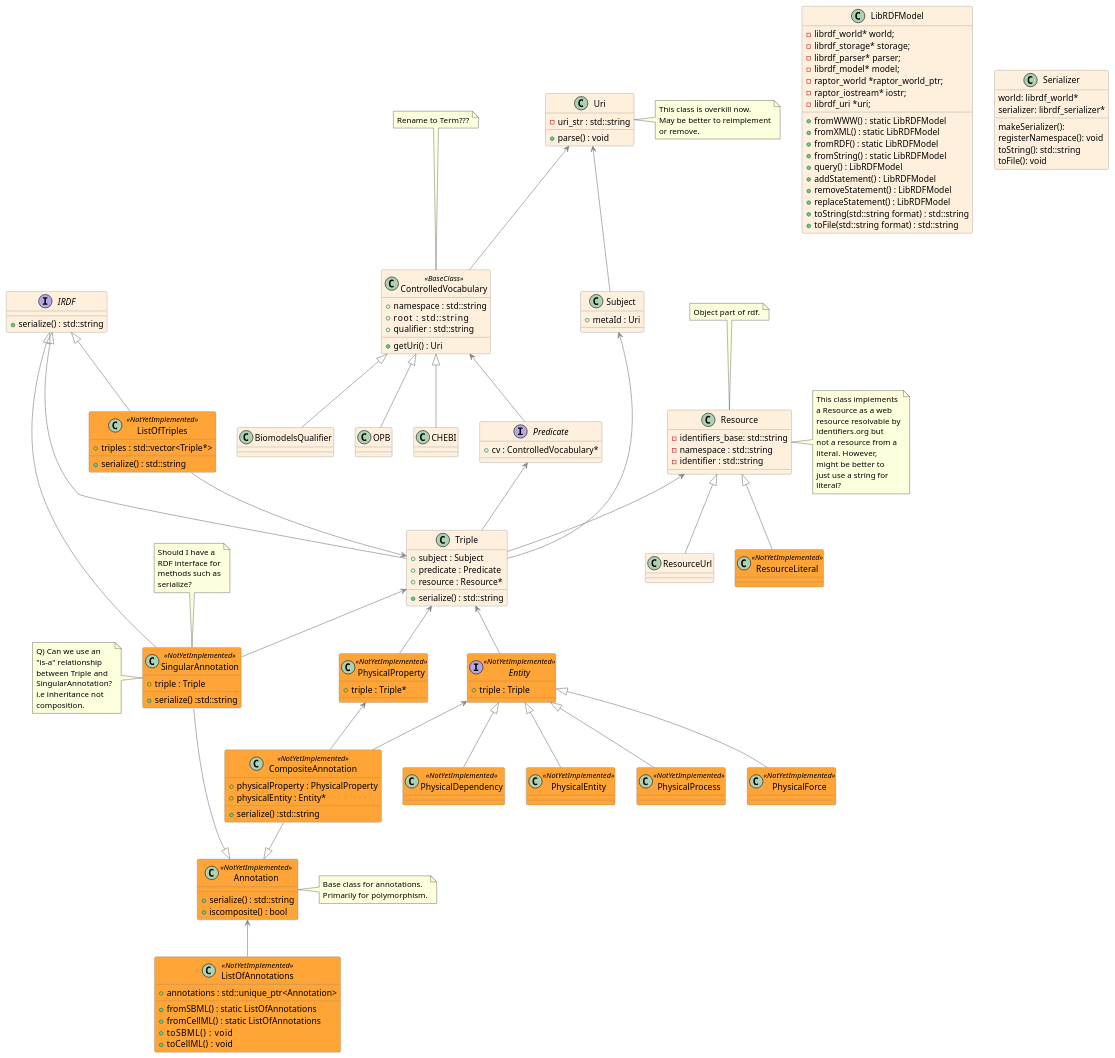
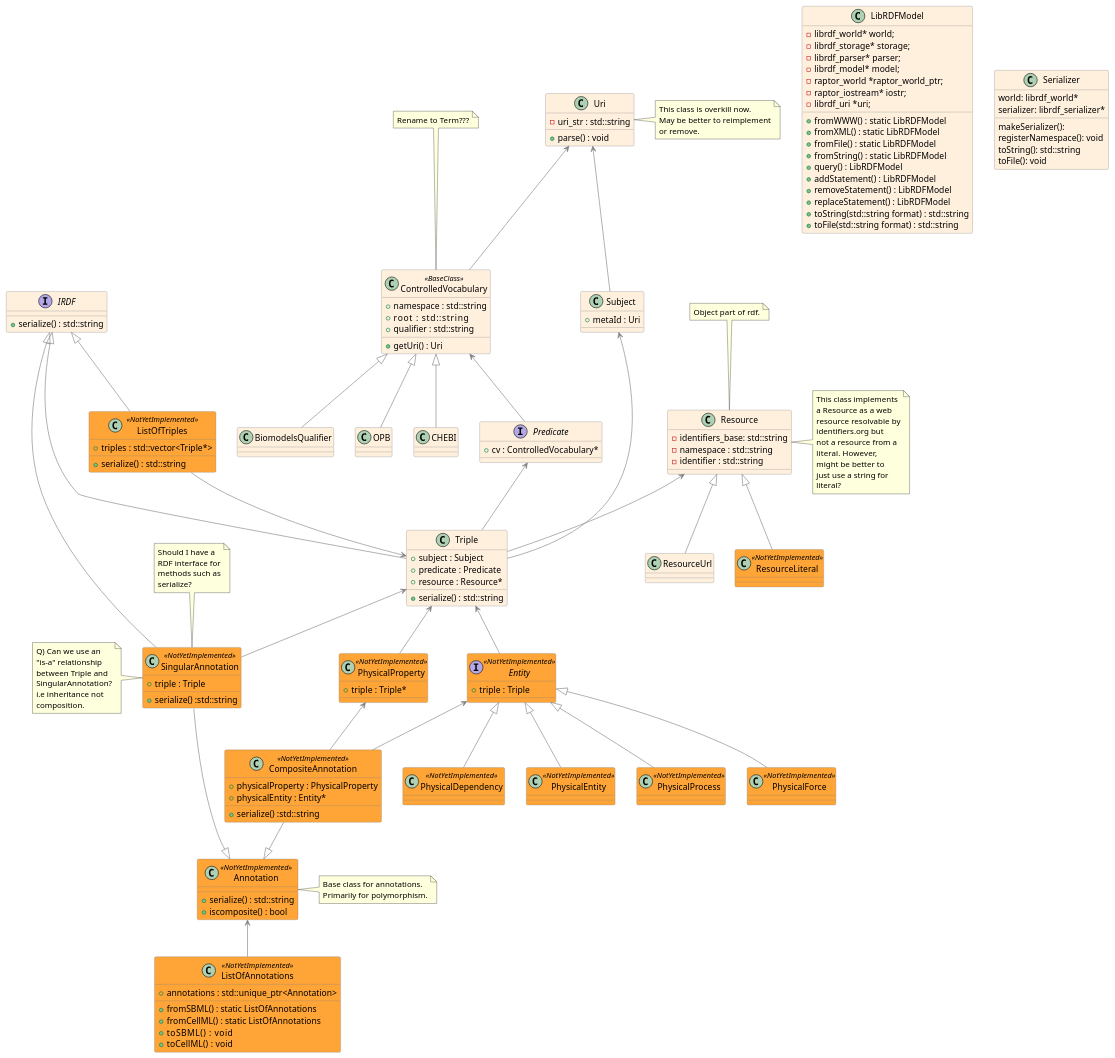
Before and after one commit to sys-bio/libOmexMeta: the diagram in Design/CiaransDesign.puml, drawn with PlantUML. The commit also changed 64 other files, not shown here.

```diff
--- a/Design/CiaransDesign.puml
+++ b/Design/CiaransDesign.puml
@@ -158,7 +158,7 @@
     - librdf_uri *uri;
     + fromWWW() : static LibRDFModel
     + fromXML() : static LibRDFModel
-    + fromRDF() : static LibRDFModel
+    + fromFile() : static LibRDFModel
     + fromString() : static LibRDFModel
     + query() : LibRDFModel
     + addStatement() : LibRDFModel
```
